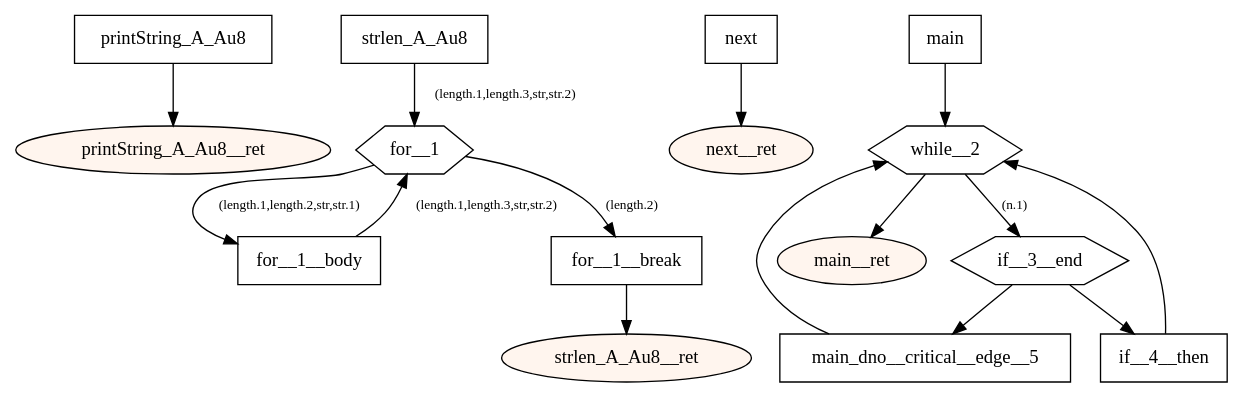
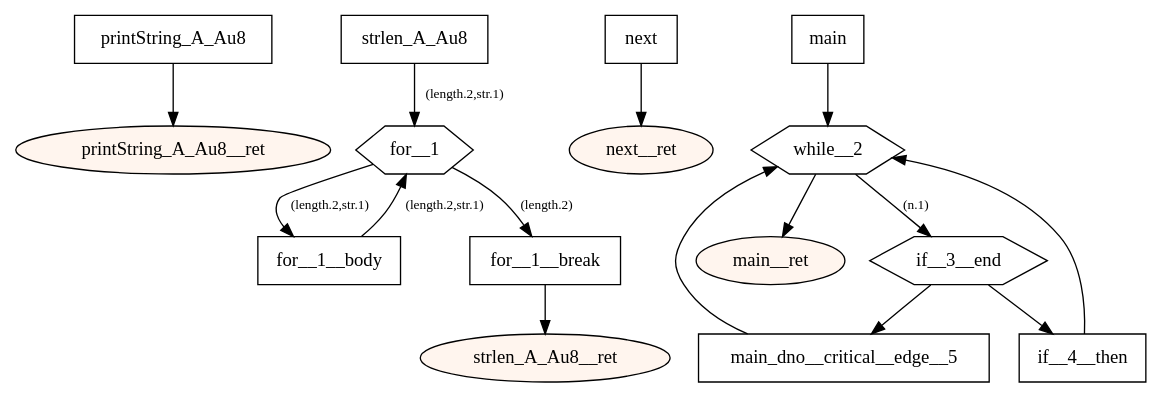
One commit to tmssngr/tinyC changed the diagram in src/main/resources-test/compiler/windows/global vars2.dot. Above: the diagram before and after it, drawn with Graphviz. The commit also changed 159 other files, not shown here.

```diff
--- a/src/main/resources-test/compiler/windows/global vars2.dot
+++ b/src/main/resources-test/compiler/windows/global vars2.dot
@@ -1,40 +1,40 @@
 digraph program {
 	edge[fontsize="10pt"];
 	subgraph fn_printString_A_Au8 {
 		BasicBlock_0_printString_A_Au8 [label="printString_A_Au8",shape=box];
 		BasicBlock_0_printString_A_Au8 -> BasicBlock_0_printString_A_Au8__ret;
 		BasicBlock_0_printString_A_Au8__ret [label="printString_A_Au8__ret",shape=oval,style=filled,fillcolor="#fff5ee"];
 	}
 	subgraph fn_strlen_A_Au8 {
 		BasicBlock_1_strlen_A_Au8 [label="strlen_A_Au8",shape=box];
-		BasicBlock_1_strlen_A_Au8 -> BasicBlock_1_for__1 [label="(length.1,length.3,str,str.2)"];
+		BasicBlock_1_strlen_A_Au8 -> BasicBlock_1_for__1 [label="(length.2,str.1)"];
 		BasicBlock_1_for__1__body [label="for__1__body",shape=box];
-		BasicBlock_1_for__1__body -> BasicBlock_1_for__1 [label="(length.1,length.3,str,str.2)"];
+		BasicBlock_1_for__1__body -> BasicBlock_1_for__1 [label="(length.2,str.1)"];
 		BasicBlock_1_for__1 [label="for__1",shape=hexagon];
 		BasicBlock_1_for__1 -> BasicBlock_1_for__1__break [label="(length.2)"];
-		BasicBlock_1_for__1 -> BasicBlock_1_for__1__body [label="(length.1,length.2,str,str.1)"];
+		BasicBlock_1_for__1 -> BasicBlock_1_for__1__body [label="(length.2,str.1)"];
 		BasicBlock_1_for__1__break [label="for__1__break",shape=box];
 		BasicBlock_1_for__1__break -> BasicBlock_1_strlen_A_Au8__ret;
 		BasicBlock_1_strlen_A_Au8__ret [label="strlen_A_Au8__ret",shape=oval,style=filled,fillcolor="#fff5ee"];
 	}
 	subgraph fn_next {
 		BasicBlock_2_next [label="next",shape=box];
 		BasicBlock_2_next -> BasicBlock_2_next__ret;
 		BasicBlock_2_next__ret [label="next__ret",shape=oval,style=filled,fillcolor="#fff5ee"];
 	}
 	subgraph fn_main {
 		BasicBlock_3_main [label="main",shape=box];
 		BasicBlock_3_main -> BasicBlock_3_while__2;
 		BasicBlock_3_if__3__end [label="if__3__end",shape=hexagon];
 		BasicBlock_3_if__3__end -> BasicBlock_3_main_dno__critical__edge__5;
 		BasicBlock_3_if__3__end -> BasicBlock_3_if__4__then;
 		BasicBlock_3_main_dno__critical__edge__5 [label="main_dno__critical__edge__5",shape=box];
 		BasicBlock_3_main_dno__critical__edge__5 -> BasicBlock_3_while__2;
 		BasicBlock_3_if__4__then [label="if__4__then",shape=box];
 		BasicBlock_3_if__4__then -> BasicBlock_3_while__2;
 		BasicBlock_3_while__2 [label="while__2",shape=hexagon];
 		BasicBlock_3_while__2 -> BasicBlock_3_main__ret;
 		BasicBlock_3_while__2 -> BasicBlock_3_if__3__end [label="(n.1)"];
 		BasicBlock_3_main__ret [label="main__ret",shape=oval,style=filled,fillcolor="#fff5ee"];
 	}
 }
```
